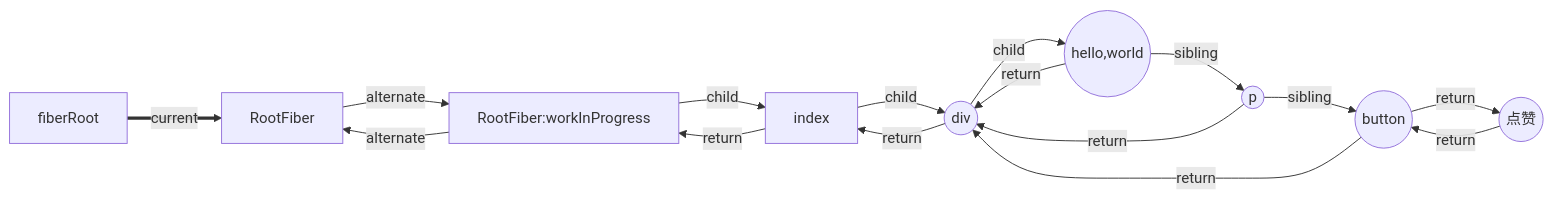
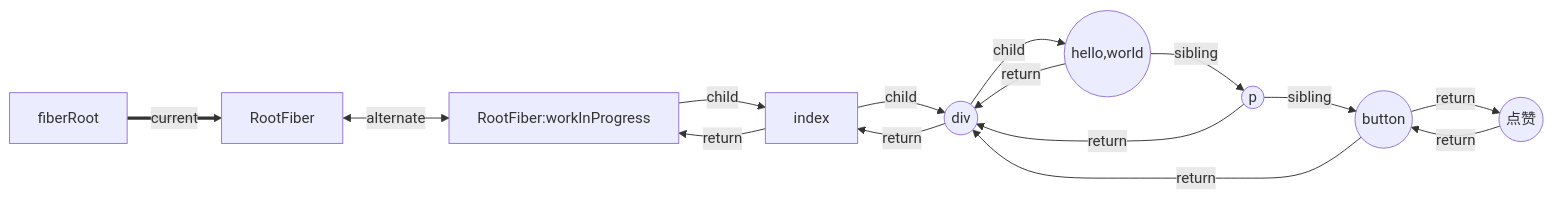
One commit to huiruo/code-record-manual changed the diagram in 08-webpack-AST-babel/04_Ast_babel和React源码/03_Fiber更新机制/02_Fiber更新机制.md. Above: the diagram before and after it, drawn with Mermaid. The commit also changed other lines of this file and 3 other files, not shown here.

Commit message:
feat: fiber流程图

````diff
--- a/08-webpack-AST-babel/04_Ast_babel和React源码/03_Fiber更新机制/02_Fiber更新机制.md
+++ b/08-webpack-AST-babel/04_Ast_babel和React源码/03_Fiber更新机制/02_Fiber更新机制.md
@@ -53,22 +48,23 @@
 ```mermaid
 %% graph TD
-graph LR
+flowchart  LR
+%% graph LR
 1[fiberRoot]==current==>2[RootFiber]
 
-2 -->|alternate| RootFiber[RootFiber:workInProgress] -->|child| 4index[index] --child--> div((div)) --> |child|hello((hello,world))
+2 <-->|alternate| RootFiber[RootFiber:workInProgress] -->|child| 4index[index] --child--> div((div)) --> |child|hello((hello,world))
 
 p((p)) -->|sibling| button((button))-->|return|点赞((点赞))
 
-RootFiber -->|alternate| 2
+%% RootFiber -->|alternate| 2
 4index -->|return| RootFiber
 div -->|return| 4index
 hello -->|return| div
 hello -->|sibling| p
 
 点赞 -->|return| button
 button -->|return| div
 p -->|return| div
 
 %% div -->|child| button
 %% div -->|child| p```
 ```
````
